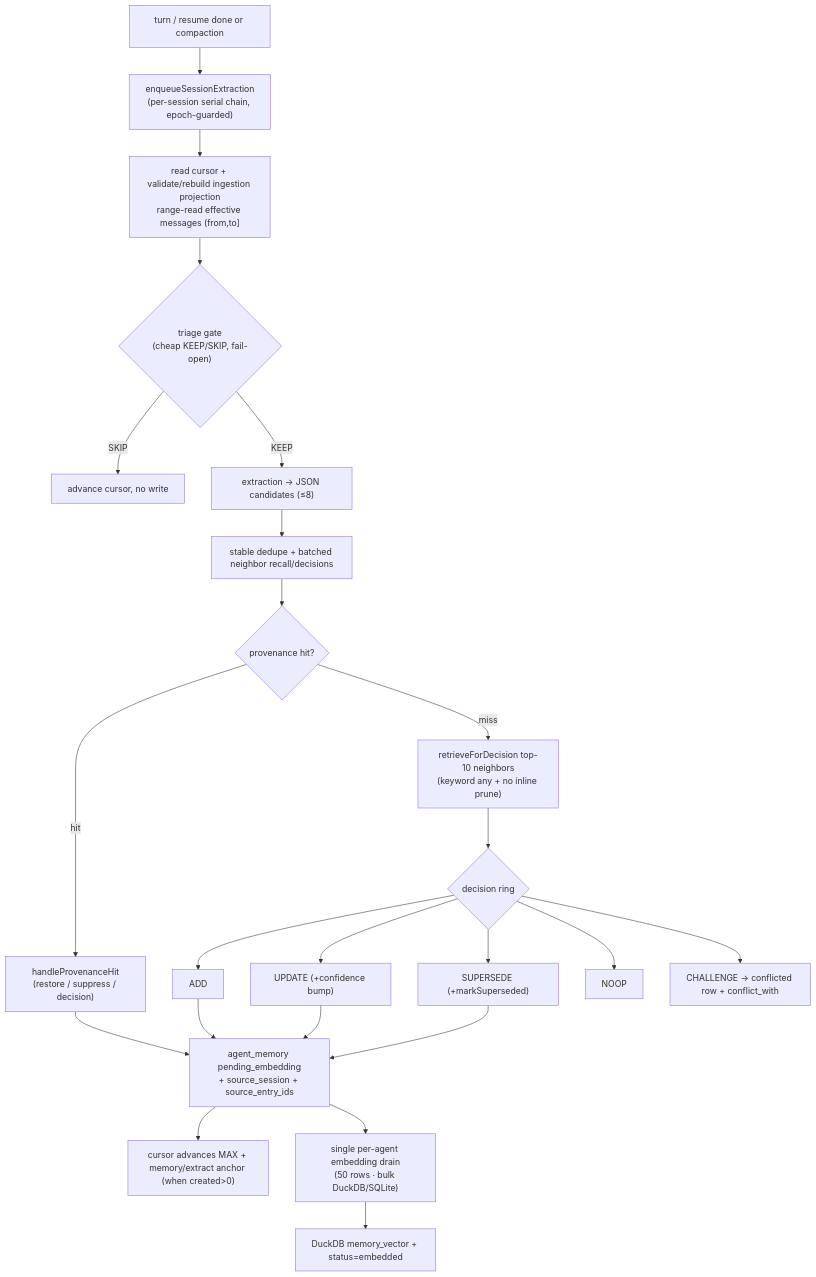
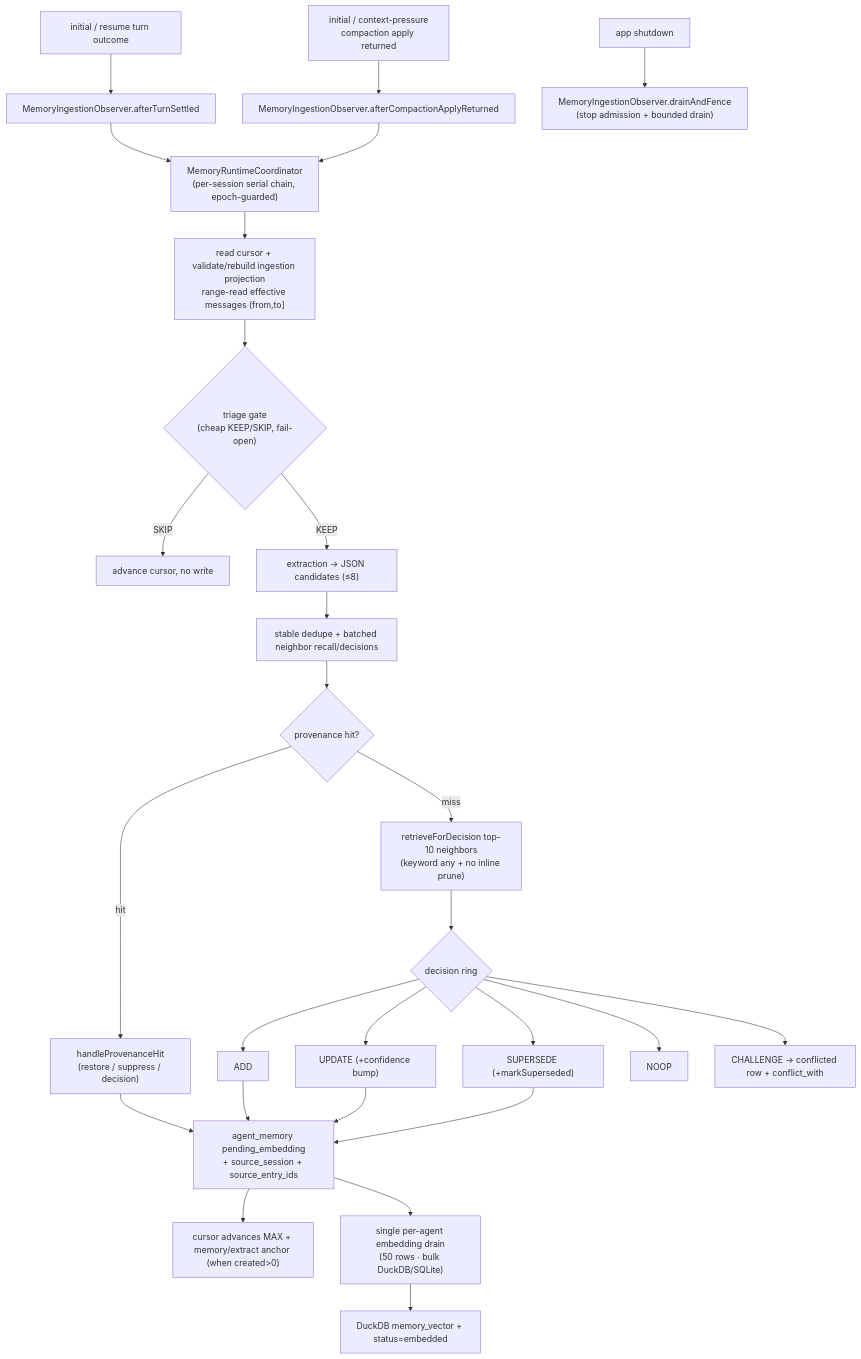
Before and after one commit to zerob13/deepchat: the fourth of 6 diagrams in docs/architecture/agent-memory-system/spec.md, drawn with Mermaid. The commit also changed other lines of this file and 468 other files, not shown here.

````diff
--- a/docs/architecture/agent-memory-system/spec.md
+++ b/docs/architecture/agent-memory-system/spec.md
@@ -344,25 +363,29 @@
 ```mermaid
 flowchart TD
-  T["turn / resume done or compaction"] --> EQ["enqueueSessionExtraction<br/>(per-session serial chain, epoch-guarded)"]
+  T["initial / resume turn outcome"] --> TS["MemoryIngestionObserver.afterTurnSettled"]
+  C["initial / context-pressure<br/>compaction apply returned"] --> CS["MemoryIngestionObserver.afterCompactionApplyReturned"]
+  TS --> EQ["MemoryRuntimeCoordinator<br/>(per-session serial chain, epoch-guarded)"]
+  CS --> EQ
+  D["app shutdown"] --> DF["MemoryIngestionObserver.drainAndFence<br/>(stop admission + bounded drain)"]
   EQ --> CUR["read cursor + validate/rebuild ingestion projection<br/>range-read effective messages (from,to]"]
   CUR --> TRI{"triage gate<br/>(cheap KEEP/SKIP, fail-open)"}
   TRI -- SKIP --> ADV0["advance cursor, no write"]
   TRI -- KEEP --> EX["extraction → JSON candidates (≤8)"]
   EX --> CW["stable dedupe + batched neighbor recall/decisions"]
   CW --> DUP{provenance hit?}
   DUP -- hit --> REV["handleProvenanceHit<br/>(restore / suppress / decision)"]
   DUP -- miss --> NB["retrieveForDecision top-10 neighbors<br/>(keyword any + no inline prune)"]
   NB --> DEC{decision ring}
   DEC --> ADD[ADD]
   DEC --> UPD["UPDATE (+confidence bump)"]
   DEC --> SUP["SUPERSEDE (+markSuperseded)"]
   DEC --> NOOP[NOOP]
   DEC --> CH["CHALLENGE → conflicted row + conflict_with"]
   ADD --> PEND["agent_memory pending_embedding<br/>+ source_session + source_entry_ids"]
   UPD --> PEND
   SUP --> PEND
   REV --> PEND
   PEND --> ADV["cursor advances MAX + memory/extract anchor (when created>0)"]
   PEND --> EMB["single per-agent embedding drain<br/>(50 rows · bulk DuckDB/SQLite)"]
   EMB --> DUCK["DuckDB memory_vector + status=embedded"]
 ```
````
